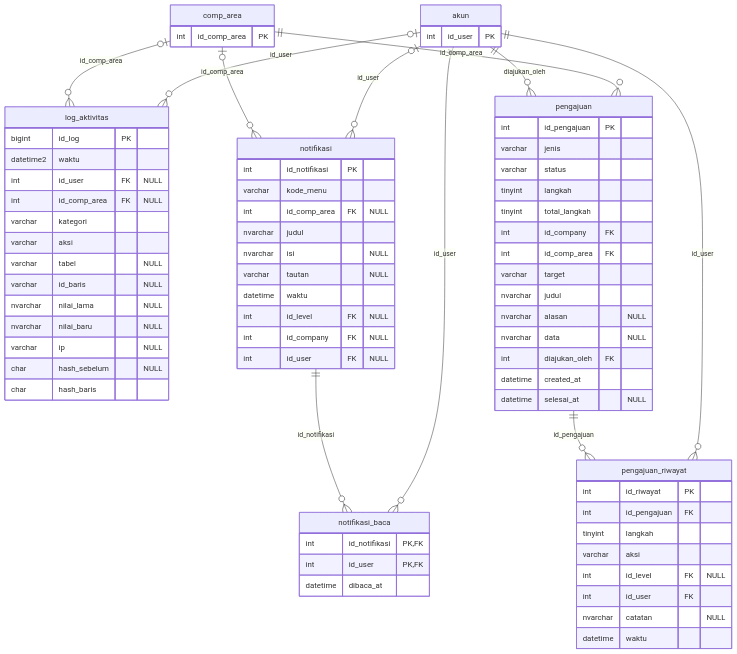
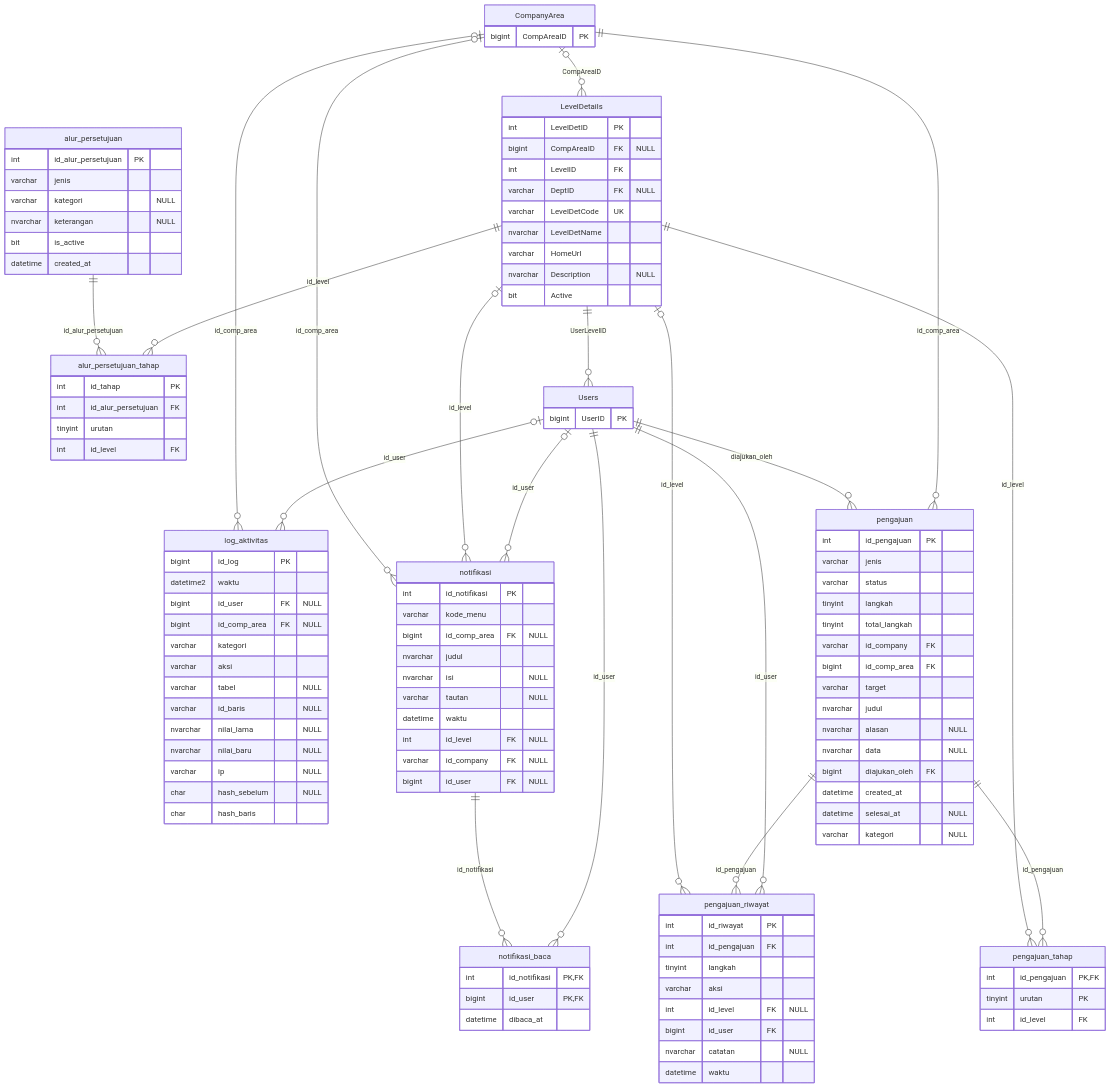
One commit to aetheriin/timbangan_sawit_v2 changed the diagram in docs/erd/05_log_persetujuan.mmd. Above: the diagram before and after it, drawn with Mermaid. The commit also changed 58 other files, not shown here.

```diff
--- a/docs/erd/05_log_persetujuan.mmd
+++ b/docs/erd/05_log_persetujuan.mmd
@@ -1,75 +1,114 @@
 erDiagram
     log_aktivitas {
         bigint id_log PK
         datetime2 waktu
-        int id_user FK "NULL"
-        int id_comp_area FK "NULL"
+        bigint id_user FK "NULL"
+        bigint id_comp_area FK "NULL"
         varchar kategori
         varchar aksi
         varchar tabel "NULL"
         varchar id_baris "NULL"
         nvarchar nilai_lama "NULL"
         nvarchar nilai_baru "NULL"
         varchar ip "NULL"
         char hash_sebelum "NULL"
         char hash_baris
     }
     pengajuan {
         int id_pengajuan PK
         varchar jenis
         varchar status
         tinyint langkah
         tinyint total_langkah
-        int id_company FK
-        int id_comp_area FK
+        varchar id_company FK
+        bigint id_comp_area FK
         varchar target
         nvarchar judul
         nvarchar alasan "NULL"
         nvarchar data "NULL"
-        int diajukan_oleh FK
+        bigint diajukan_oleh FK
         datetime created_at
         datetime selesai_at "NULL"
+        varchar kategori "NULL"
     }
     pengajuan_riwayat {
         int id_riwayat PK
         int id_pengajuan FK
         tinyint langkah
         varchar aksi
         int id_level FK "NULL"
-        int id_user FK
+        bigint id_user FK
         nvarchar catatan "NULL"
         datetime waktu
+    }
+    pengajuan_tahap {
+        int id_pengajuan PK,FK
+        tinyint urutan PK
+        int id_level FK
+    }
+    alur_persetujuan {
+        int id_alur_persetujuan PK
+        varchar jenis
+        varchar kategori "NULL"
+        nvarchar keterangan "NULL"
+        bit is_active
+        datetime created_at
+    }
+    alur_persetujuan_tahap {
+        int id_tahap PK
+        int id_alur_persetujuan FK
+        tinyint urutan
+        int id_level FK
+    }
+    LevelDetails {
+        int LevelDetID PK
+        bigint CompAreaID FK "NULL"
+        int LevelID FK
+        varchar DeptID FK "NULL"
+        varchar LevelDetCode UK
+        nvarchar LevelDetName
+        varchar HomeUrl
+        nvarchar Description "NULL"
+        bit Active
     }
     notifikasi {
         int id_notifikasi PK
         varchar kode_menu
-        int id_comp_area FK "NULL"
+        bigint id_comp_area FK "NULL"
         nvarchar judul
         nvarchar isi "NULL"
         varchar tautan "NULL"
         datetime waktu
         int id_level FK "NULL"
-        int id_company FK "NULL"
-        int id_user FK "NULL"
+        varchar id_company FK "NULL"
+        bigint id_user FK "NULL"
     }
     notifikasi_baca {
         int id_notifikasi PK,FK
-        int id_user PK,FK
+        bigint id_user PK,FK
         datetime dibaca_at
     }
-    akun {
-        int id_user PK
+    Users {
+        bigint UserID PK
     }
-    comp_area {
-        int id_comp_area PK
+    CompanyArea {
+        bigint CompAreaID PK
     }
-    comp_area |o--o{ log_aktivitas : "id_comp_area"
-    akun |o--o{ log_aktivitas : "id_user"
-    comp_area |o--o{ notifikasi : "id_comp_area"
-    akun |o--o{ notifikasi : "id_user"
+    alur_persetujuan ||--o{ alur_persetujuan_tahap : "id_alur_persetujuan"
+    LevelDetails ||--o{ alur_persetujuan_tahap : "id_level"
+    CompanyArea |o--o{ LevelDetails : "CompAreaID"
+    CompanyArea |o--o{ log_aktivitas : "id_comp_area"
+    Users |o--o{ log_aktivitas : "id_user"
+    CompanyArea |o--o{ notifikasi : "id_comp_area"
+    LevelDetails |o--o{ notifikasi : "id_level"
+    Users |o--o{ notifikasi : "id_user"
     notifikasi ||--o{ notifikasi_baca : "id_notifikasi"
-    akun ||--o{ notifikasi_baca : "id_user"
-    akun ||--o{ pengajuan : "diajukan_oleh"
-    comp_area ||--o{ pengajuan : "id_comp_area"
+    Users ||--o{ notifikasi_baca : "id_user"
+    Users ||--o{ pengajuan : "diajukan_oleh"
+    CompanyArea ||--o{ pengajuan : "id_comp_area"
+    LevelDetails |o--o{ pengajuan_riwayat : "id_level"
     pengajuan ||--o{ pengajuan_riwayat : "id_pengajuan"
-    akun ||--o{ pengajuan_riwayat : "id_user"
+    Users ||--o{ pengajuan_riwayat : "id_user"
+    LevelDetails ||--o{ pengajuan_tahap : "id_level"
+    pengajuan ||--o{ pengajuan_tahap : "id_pengajuan"
+    LevelDetails ||--o{ Users : "UserLevelID"
```
